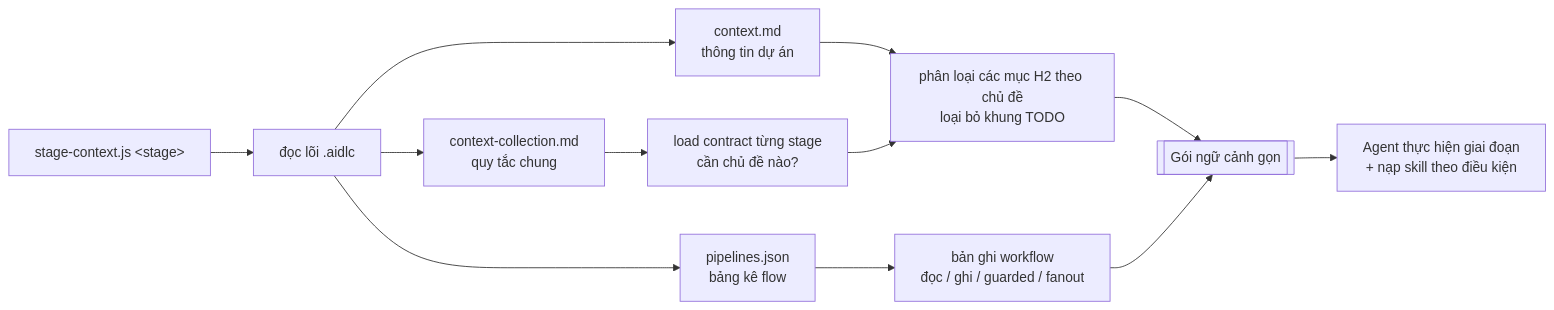
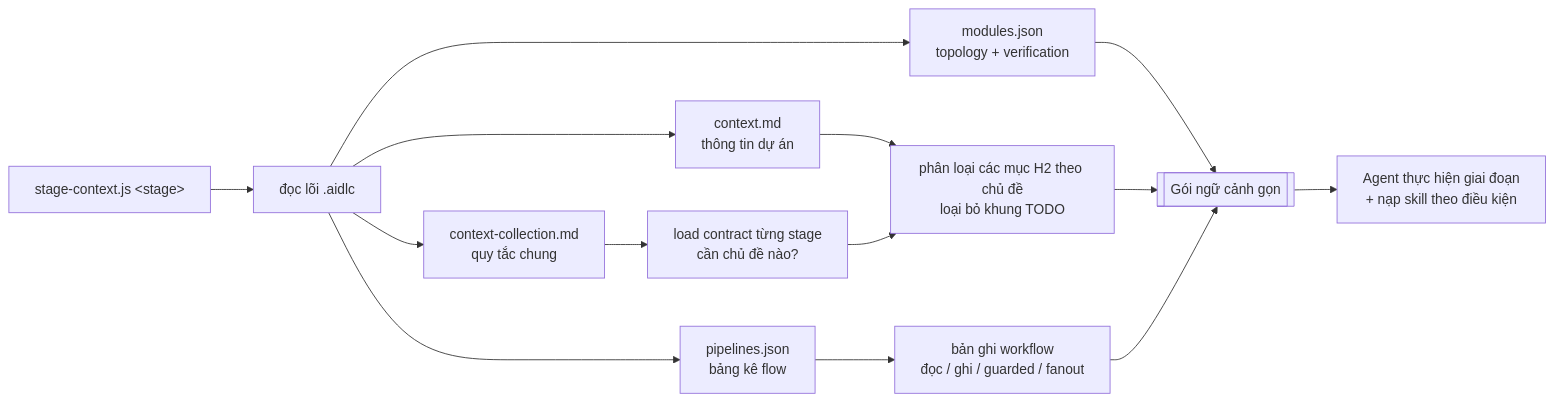
One commit to hailoan/Distribution-Core-Android changed the second of 2 diagrams in aidlc-src/README.md. Above: the diagram before and after it, drawn with Mermaid. The commit also changed other lines of this file and 107 other files, not shown here.

````diff
--- a/aidlc-src/README.md
+++ b/aidlc-src/README.md
@@ -370,14 +398,16 @@
 ```mermaid
 flowchart LR
     A[stage-context.js &lt;stage&gt;] --> B[đọc lõi .aidlc]
     B --> C1[context.md<br/>thông tin dự án]
     B --> C2[context-collection.md<br/>quy tắc chung]
     B --> C3[pipelines.json<br/>bảng kê flow]
+    B --> C4[modules.json<br/>topology + verification]
     C2 --> D[load contract từng stage<br/>cần chủ đề nào?]
     C1 --> E[phân loại các mục H2 theo chủ đề<br/>loại bỏ khung TODO]
     D --> E
     C3 --> F[bản ghi workflow<br/>đọc / ghi / guarded / fanout]
+    C4 --> G
     E --> G[[Gói ngữ cảnh gọn]]
     F --> G
     G --> H[Agent thực hiện giai đoạn<br/>+ nạp skill theo điều kiện]
 ```
````
